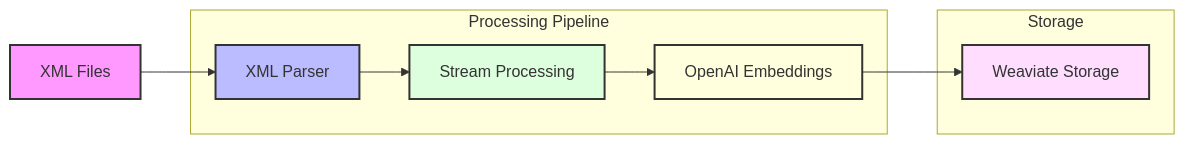
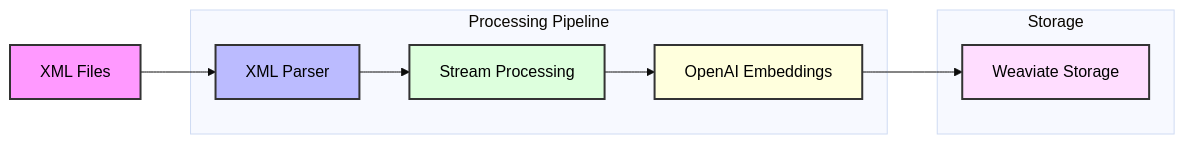
One commit to zhutoutoutousan/chat-iot changed the third of 5 diagrams in ARCHITECTURE.md. Above: the diagram before and after it, drawn with Mermaid. The commit also changed other lines of this file, not shown here.

````diff
--- a/ARCHITECTURE.md
+++ b/ARCHITECTURE.md
@@ -81,23 +90,24 @@
 ```mermaid
+%%{init: {'theme': 'base', 'themeVariables': { 'fontFamily': 'arial', 'fontSize': '16px', 'textColor': '#000000' }}}%%
 flowchart LR
     XML[XML Files] --> Parser[XML Parser]
     Parser --> Stream[Stream Processing]
     Stream --> Embed[OpenAI Embeddings]
     Embed --> Store[Weaviate Storage]
     
     subgraph "Processing Pipeline"
         Parser
         Stream
         Embed
     end
     
     subgraph "Storage"
         Store
     end
 
-    style XML fill:#f9f,stroke:#333,stroke-width:2px
-    style Parser fill:#bbf,stroke:#333,stroke-width:2px
-    style Stream fill:#dfd,stroke:#333,stroke-width:2px
-    style Embed fill:#ffd,stroke:#333,stroke-width:2px
-    style Store fill:#fdf,stroke:#333,stroke-width:2px
+    style XML fill:#f9f,stroke:#333,stroke-width:2px,color:#000
+    style Parser fill:#bbf,stroke:#333,stroke-width:2px,color:#000
+    style Stream fill:#dfd,stroke:#333,stroke-width:2px,color:#000
+    style Embed fill:#ffd,stroke:#333,stroke-width:2px,color:#000
+    style Store fill:#fdf,stroke:#333,stroke-width:2px,color:#000
 ```
````
